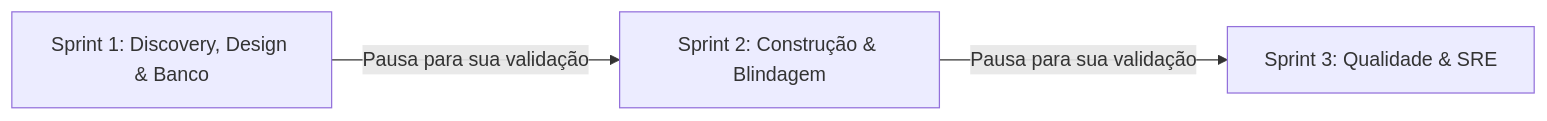
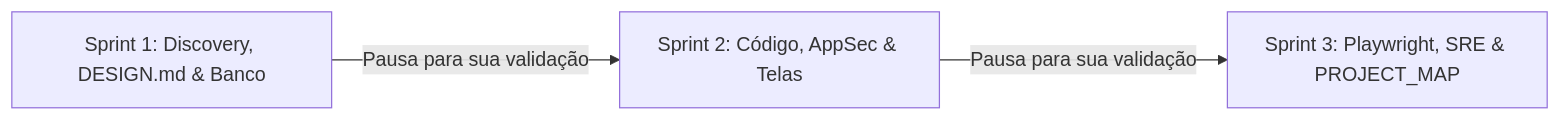
Before and after one commit to barretojr/antigravity-squad: the second of 2 diagrams in README.md, drawn with Mermaid. The commit also changed other lines of this file and 7 other files, not shown here.

Commit message:
feat(squad): integrate taste-skill, DESIGN.md, playwright-cli and PROJECT_MAP token-saving engine

````diff
--- a/README.md
+++ b/README.md
@@ -110,5 +135,5 @@
 ```mermaid
 flowchart LR
-    S1["Sprint 1: Discovery, Design & Banco"] -->|"Pausa para sua validação"| S2["Sprint 2: Construção & Blindagem"]
-    S2 -->|"Pausa para sua validação"| S3["Sprint 3: Qualidade & SRE"]
+    S1["Sprint 1: Discovery, DESIGN.md & Banco"] -->|"Pausa para sua validação"| S2["Sprint 2: Código, AppSec & Telas"]
+    S2 -->|"Pausa para sua validação"| S3["Sprint 3: Playwright, SRE & PROJECT_MAP"]
 ```
````
